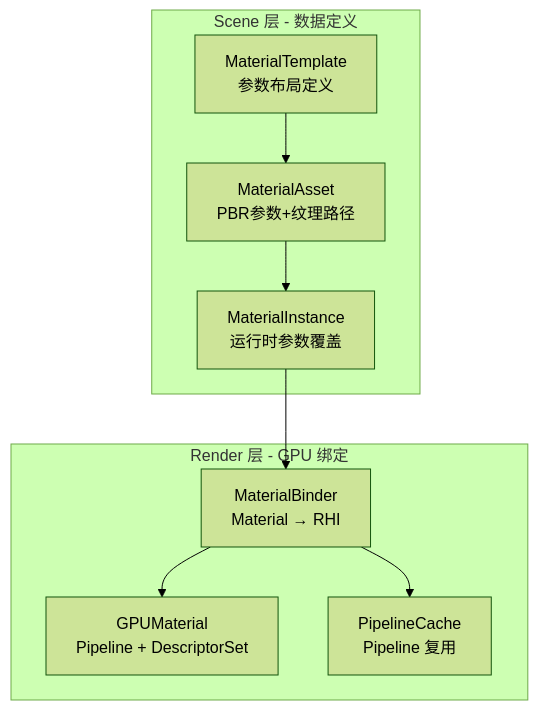
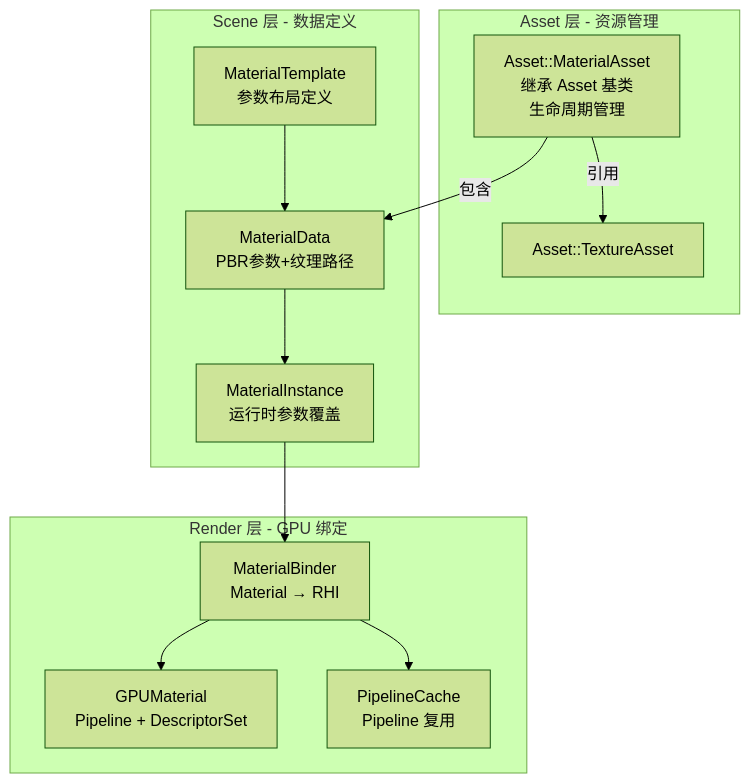
Before and after one commit to yzscodehub/RenderVerseX: the fifth of 8 diagrams in Docs/Unified Scene and Spatial System Design.md, drawn with Mermaid (forest theme). The commit also changed other lines of this file and 60 other files, not shown here.

````diff
--- a/Docs/Unified Scene and Spatial System Design.md
+++ b/Docs/Unified Scene and Spatial System Design.md
@@ -722,20 +750,27 @@
 ```mermaid
 graph TB
+    subgraph asset_layer [Asset 层 - 资源管理]
+        MaterialAssetRes[Asset::MaterialAsset<br/>继承 Asset 基类<br/>生命周期管理]
+        TextureAsset[Asset::TextureAsset]
+    end
+    
     subgraph scene_layer [Scene 层 - 数据定义]
-        MaterialAsset[MaterialAsset<br/>PBR参数+纹理路径]
+        MaterialData[MaterialData<br/>PBR参数+纹理路径]
         MaterialTemplate[MaterialTemplate<br/>参数布局定义]
         MaterialInstance[MaterialInstance<br/>运行时参数覆盖]
     end
     
     subgraph render_layer [Render 层 - GPU 绑定]
         MaterialBinder[MaterialBinder<br/>Material → RHI]
         GPUMaterial[GPUMaterial<br/>Pipeline + DescriptorSet]
         PipelineCache[PipelineCache<br/>Pipeline 复用]
     end
     
-    MaterialAsset --> MaterialInstance
-    MaterialTemplate --> MaterialAsset
+    MaterialAssetRes --> |包含| MaterialData
+    MaterialAssetRes --> |引用| TextureAsset
+    MaterialData --> MaterialInstance
+    MaterialTemplate --> MaterialData
     MaterialInstance --> MaterialBinder
     MaterialBinder --> GPUMaterial
     MaterialBinder --> PipelineCache
 ```
````
